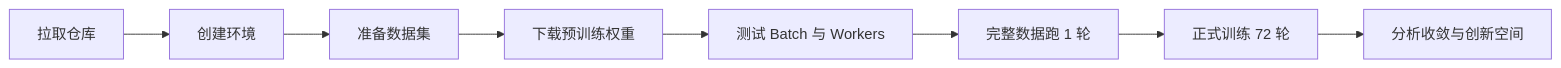
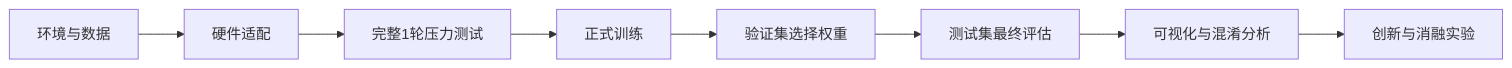
The diagram in README.md (Jirehyile/O2-RT-DETR), drawn with Mermaid before and after one commit. The commit also changed other lines of this file and 1 other file, not shown here.

````diff
--- a/README.md
+++ b/README.md
@@ -32,10 +31,10 @@
 ```mermaid
 flowchart LR
-    A[拉取仓库] --> B[创建环境]
-    B --> C[准备数据集]
-    C --> D[下载预训练权重]
-    D --> E[测试 Batch 与 Workers]
-    E --> F[完整数据跑 1 轮]
-    F --> G[正式训练 72 轮]
-    G --> H[分析收敛与创新空间]
+    A[环境与数据] --> B[硬件适配]
+    B --> C[完整1轮压力测试]
+    C --> D[正式训练]
+    D --> E[验证集选择权重]
+    E --> F[测试集最终评估]
+    F --> G[可视化与混淆分析]
+    G --> H[创新与消融实验]
 ```
````
